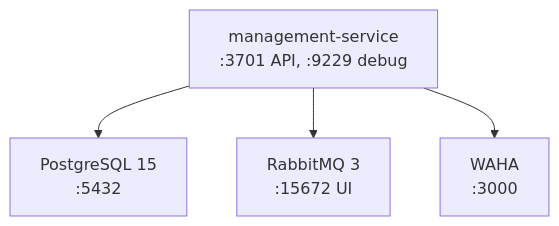
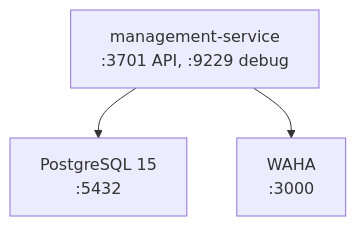
One commit to ladesa-ro/management-service changed the diagram in docs/operacao/comecando.md. Above: the diagram before and after it, drawn with Mermaid. The commit also changed other lines of this file and 8 other files, not shown here.

````diff
--- a/docs/operacao/comecando.md
+++ b/docs/operacao/comecando.md
@@ -102,6 +102,5 @@
 ```mermaid
 flowchart TB
     MS["management-service\n:3701 API, :9229 debug"] --> DB["PostgreSQL 15\n:5432"]
-    MS --> RMQ["RabbitMQ 3\n:15672 UI"]
     MS --> WAHA["WAHA\n:3000"]
 ```
````
